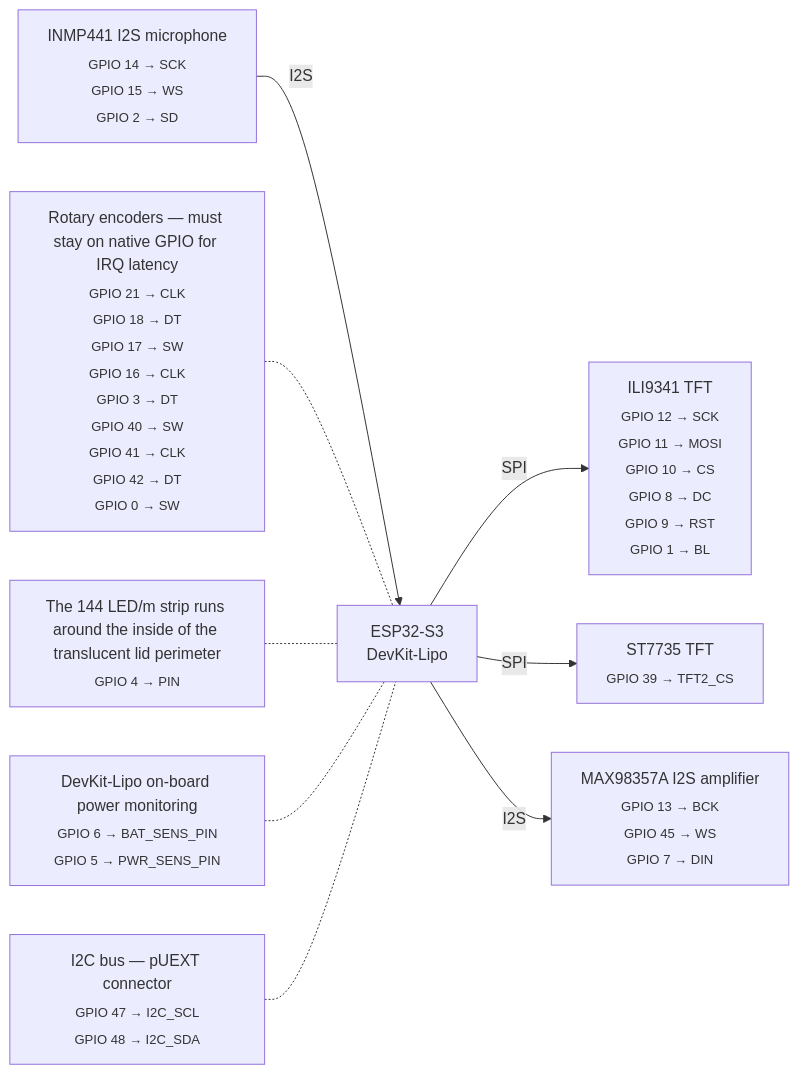
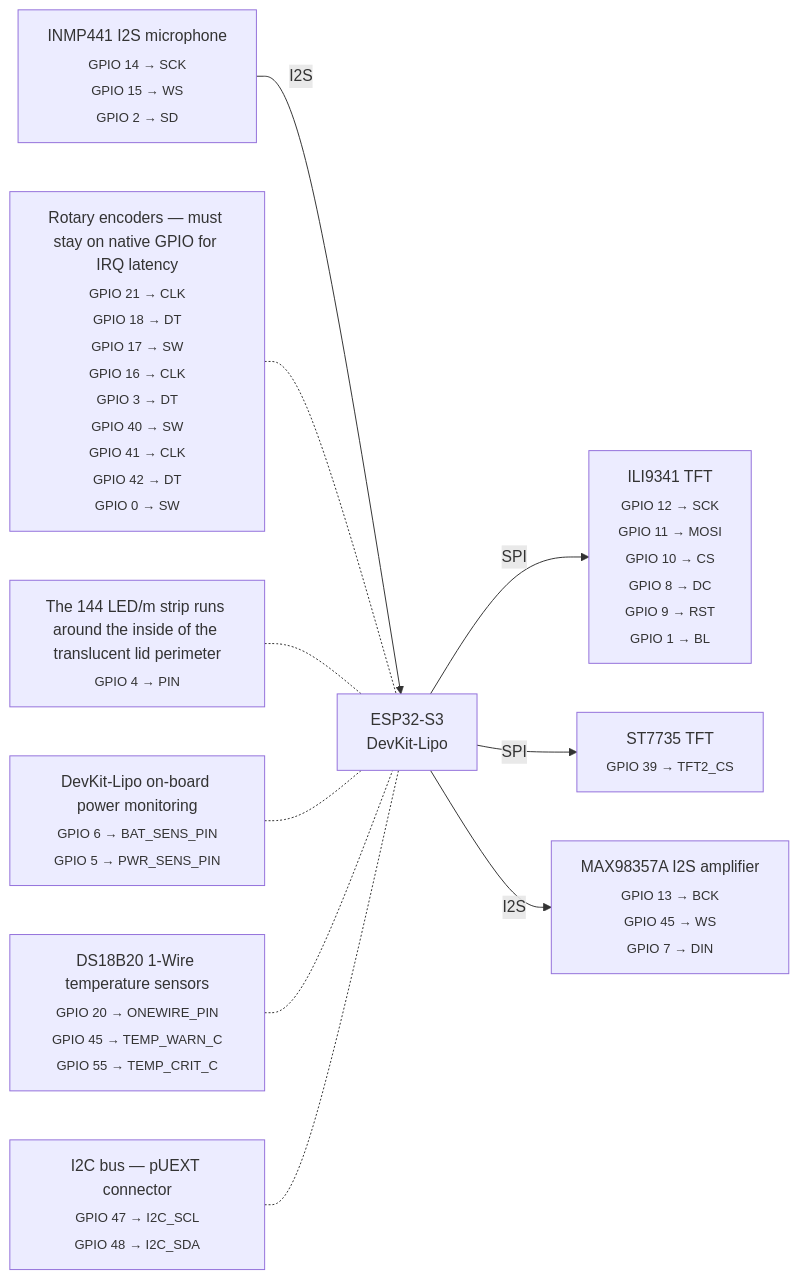
Before and after one commit to mandakan/bodn-esp32: the diagram in docs/wiring.md, drawn with Mermaid. The commit also changed other lines of this file and 4 other files, not shown here.

````diff
--- a/docs/wiring.md
+++ b/docs/wiring.md
@@ -8,29 +8,32 @@
 ```mermaid
 graph LR
     ESP["ESP32-S3<br/>DevKit-Lipo"]
 
     ILI9341TFT["ILI9341 TFT<br/><sub>GPIO 12 → SCK<br/>GPIO 11 → MOSI<br/>GPIO 10 → CS<br/>GPIO 8 → DC<br/>GPIO 9 → RST<br/>GPIO 1 → BL</sub>"]
     ESP -- SPI --> ILI9341TFT
 
     ST7735TFT["ST7735 TFT<br/><sub>GPIO 39 → TFT2_CS</sub>"]
     ESP -- SPI --> ST7735TFT
 
     INMP441I2Smicrophone["INMP441 I2S microphone<br/><sub>GPIO 14 → SCK<br/>GPIO 15 → WS<br/>GPIO 2 → SD</sub>"]
     INMP441I2Smicrophone -- I2S --> ESP
 
     MAX98357AI2Samplifier["MAX98357A I2S amplifier<br/><sub>GPIO 13 → BCK<br/>GPIO 45 → WS<br/>GPIO 7 → DIN</sub>"]
     ESP -- I2S --> MAX98357AI2Samplifier
 
     RotaryencodersmuststayonnativeGPIOforIRQlatency["Rotary encoders — must stay on native GPIO for IRQ latency<br/><sub>GPIO 21 → CLK<br/>GPIO 18 → DT<br/>GPIO 17 → SW<br/>GPIO 16 → CLK<br/>GPIO 3 → DT<br/>GPIO 40 → SW<br/>GPIO 41 → CLK<br/>GPIO 42 → DT<br/>GPIO 0 → SW</sub>"]
     RotaryencodersmuststayonnativeGPIOforIRQlatency -.- ESP
 
     The144LEDmstriprunsaroundtheinsideofthetranslucentlidperimeter["The 144 LED/m strip runs around the inside of the translucent lid perimeter<br/><sub>GPIO 4 → PIN</sub>"]
     The144LEDmstriprunsaroundtheinsideofthetranslucentlidperimeter -.- ESP
 
     DevKitLipoonboardpowermonitoring["DevKit-Lipo on-board power monitoring<br/><sub>GPIO 6 → BAT_SENS_PIN<br/>GPIO 5 → PWR_SENS_PIN</sub>"]
     DevKitLipoonboardpowermonitoring -.- ESP
 
+    DS18B201Wiretemperaturesensors["DS18B20 1-Wire temperature sensors<br/><sub>GPIO 20 → ONEWIRE_PIN<br/>GPIO 45 → TEMP_WARN_C<br/>GPIO 55 → TEMP_CRIT_C</sub>"]
+    DS18B201Wiretemperaturesensors -.- ESP
+
     I2CbuspUEXTconnector["I2C bus — pUEXT connector<br/><sub>GPIO 47 → I2C_SCL<br/>GPIO 48 → I2C_SDA</sub>"]
     I2CbuspUEXTconnector -.- ESP
 
 ```
````
